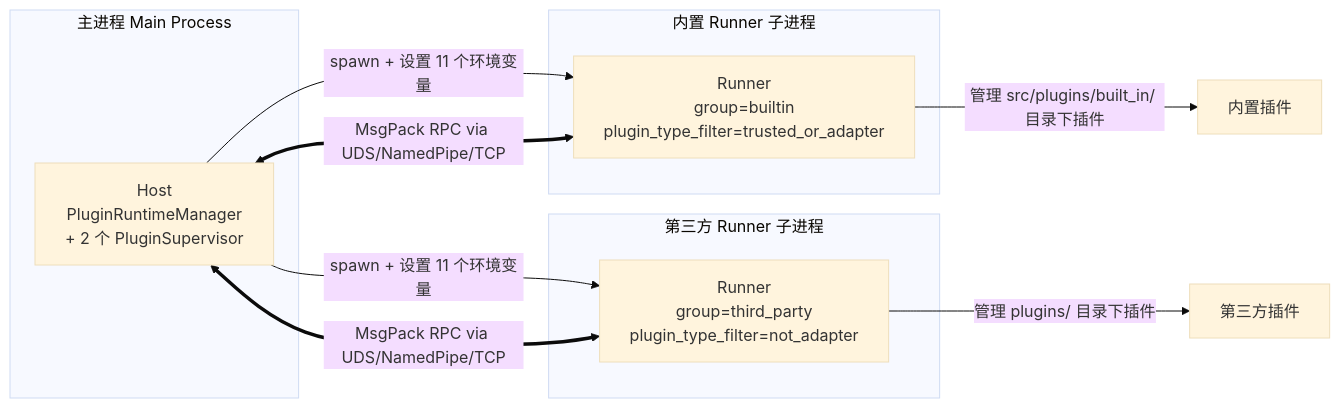
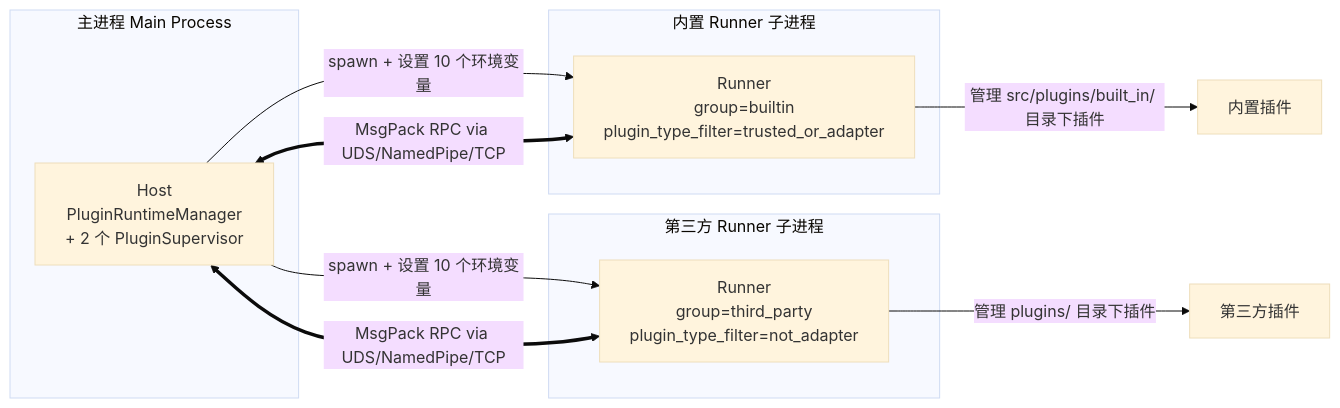
The diagram in zh/develop/plugin-runtime-internals.md (DrSmoothl/docs), drawn with Mermaid (base theme) before and after one commit. The commit also changed other lines of this file and 63 other files, not shown here.

````diff
--- a/zh/develop/plugin-runtime-internals.md
+++ b/zh/develop/plugin-runtime-internals.md
@@ -15,22 +15,22 @@
 ```mermaid
 graph LR
     subgraph Main[主进程 Main Process]
         Host[Host<br/>PluginRuntimeManager<br/>+ 2 个 PluginSupervisor]
     end
 
     subgraph BUILTIN[内置 Runner 子进程]
         RunnerB[Runner<br/>group=builtin<br/>plugin_type_filter=trusted_or_adapter]
     end
 
     subgraph THIRD[第三方 Runner 子进程]
         RunnerT[Runner<br/>group=third_party<br/>plugin_type_filter=not_adapter]
     end
 
-    Host -->|"spawn + 设置 11 个环境变量"| RunnerB
-    Host -->|"spawn + 设置 11 个环境变量"| RunnerT
+    Host -->|"spawn + 设置 10 个环境变量"| RunnerB
+    Host -->|"spawn + 设置 10 个环境变量"| RunnerT
     Host <==>|"MsgPack RPC via UDS/NamedPipe/TCP"| RunnerB
     Host <==>|"MsgPack RPC via UDS/NamedPipe/TCP"| RunnerT
 
     RunnerB -->|"管理 src/plugins/built_in/ 目录下插件"| PluginsB[内置插件]
     RunnerT -->|"管理 plugins/ 目录下插件"| PluginsT[第三方插件]
 ```
````
